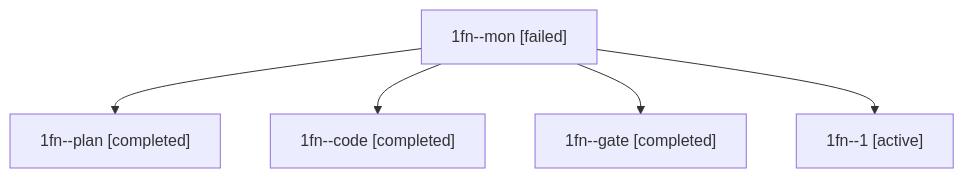
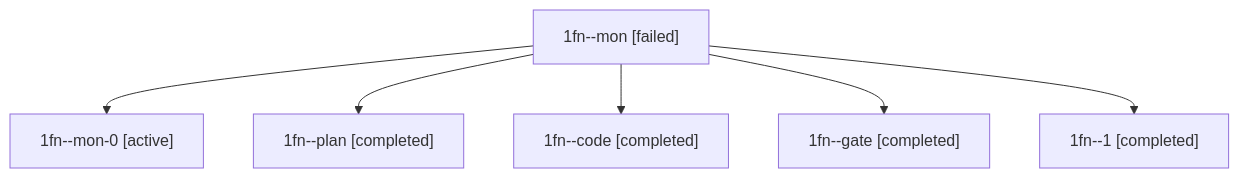
The diagram in sessions/bbugyi200.athena.1fn.md (bobs-org/bob-cli--agents), drawn with Mermaid before and after one commit. The commit also changed other lines of this file and 16 other files, not shown here.

````diff
--- a/sessions/bbugyi200.athena.1fn.md
+++ b/sessions/bbugyi200.athena.1fn.md
@@ -9,12 +9,14 @@
 ```mermaid
 flowchart TD
   n0["1fn--mon [failed]"]
-  n1["1fn--plan [completed]"]
+  n1["1fn--mon-0 [active]"]
   n0 --> n1
-  n2["1fn--code [completed]"]
+  n2["1fn--plan [completed]"]
   n0 --> n2
-  n3["1fn--gate [completed]"]
+  n3["1fn--code [completed]"]
   n0 --> n3
-  n4["1fn--1 [active]"]
+  n4["1fn--gate [completed]"]
   n0 --> n4
+  n5["1fn--1 [completed]"]
+  n0 --> n5
 ```
````
